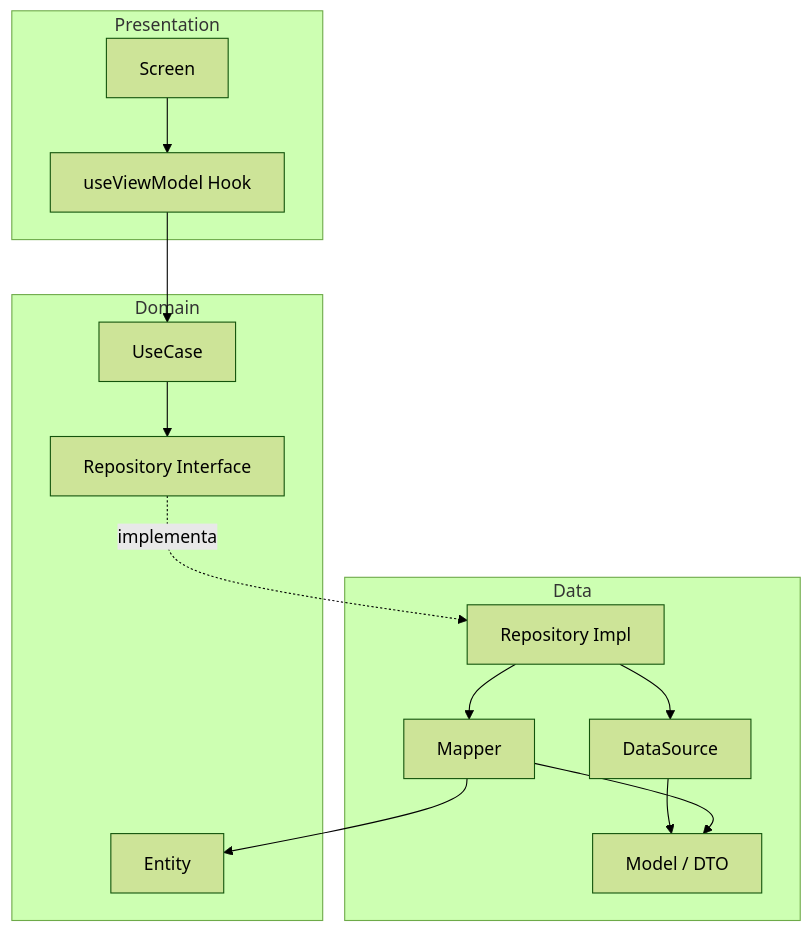
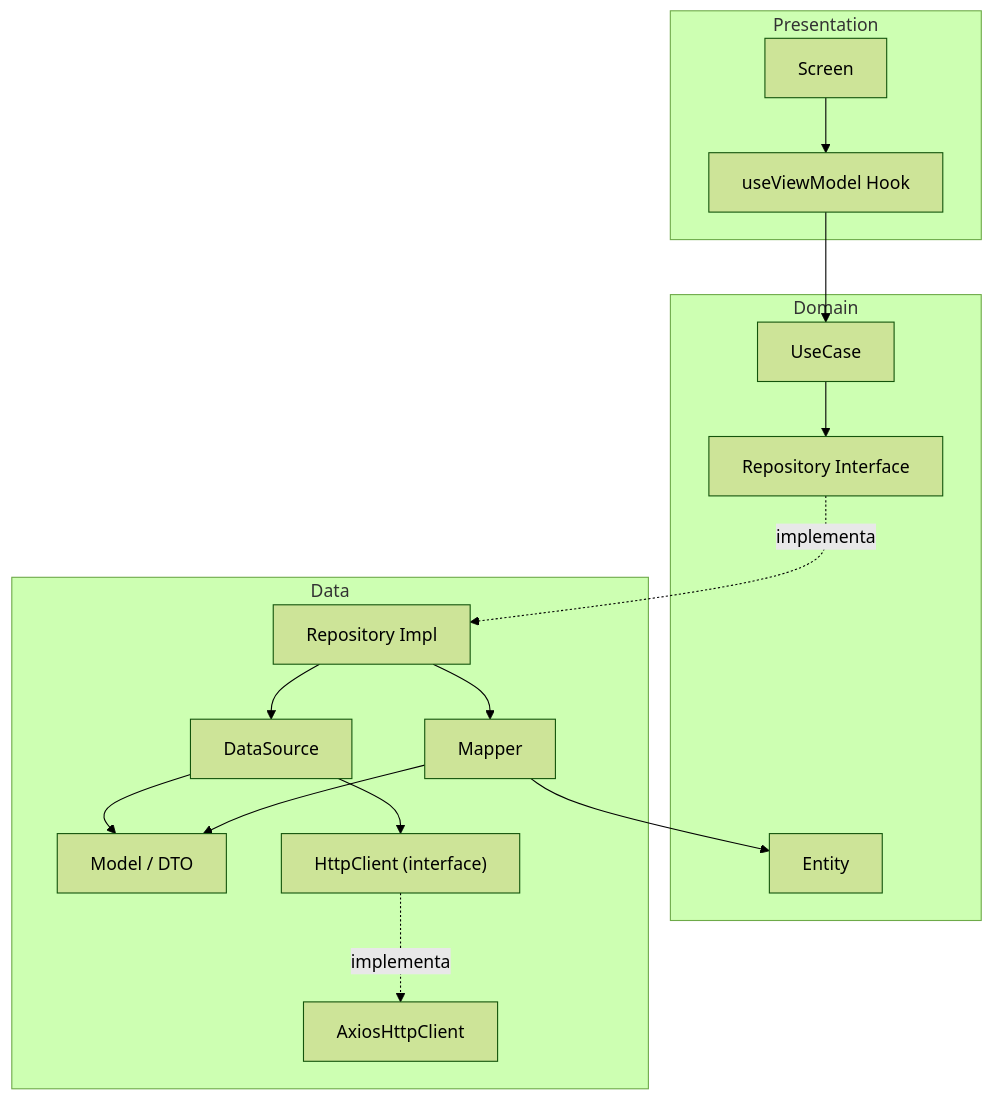
Before and after one commit to devopsbayteq/bbol-movil: the first of 3 diagrams in docs/ARCHITECTURE.md, drawn with Mermaid (forest theme). The commit also changed other lines of this file and 4 other files, not shown here.

First line of the commit message:
Implement HttpClient interface and AxiosHttpClient class for improved API communication

````diff
--- a/docs/ARCHITECTURE.md
+++ b/docs/ARCHITECTURE.md
@@ -31,30 +32,34 @@
 ```mermaid
 flowchart TB
     subgraph presentationLayer [Presentation]
         Screen[Screen]
         ViewModel[useViewModel Hook]
     end
 
     subgraph domainLayer [Domain]
         UseCase[UseCase]
         RepoInterface[Repository Interface]
         Entity[Entity]
     end
 
     subgraph dataLayer [Data]
         RepoImpl[Repository Impl]
         Mapper[Mapper]
         DataSource[DataSource]
         DTO[Model / DTO]
+        HttpClientInterface["HttpClient (interface)"]
+        HttpClientImpl[AxiosHttpClient]
     end
 
     Screen --> ViewModel
     ViewModel --> UseCase
     UseCase --> RepoInterface
     RepoInterface -.->|implementa| RepoImpl
     RepoImpl --> DataSource
     RepoImpl --> Mapper
+    DataSource --> HttpClientInterface
+    HttpClientInterface -.->|implementa| HttpClientImpl
     DataSource --> DTO
     Mapper --> Entity
     Mapper --> DTO
 ```
````
